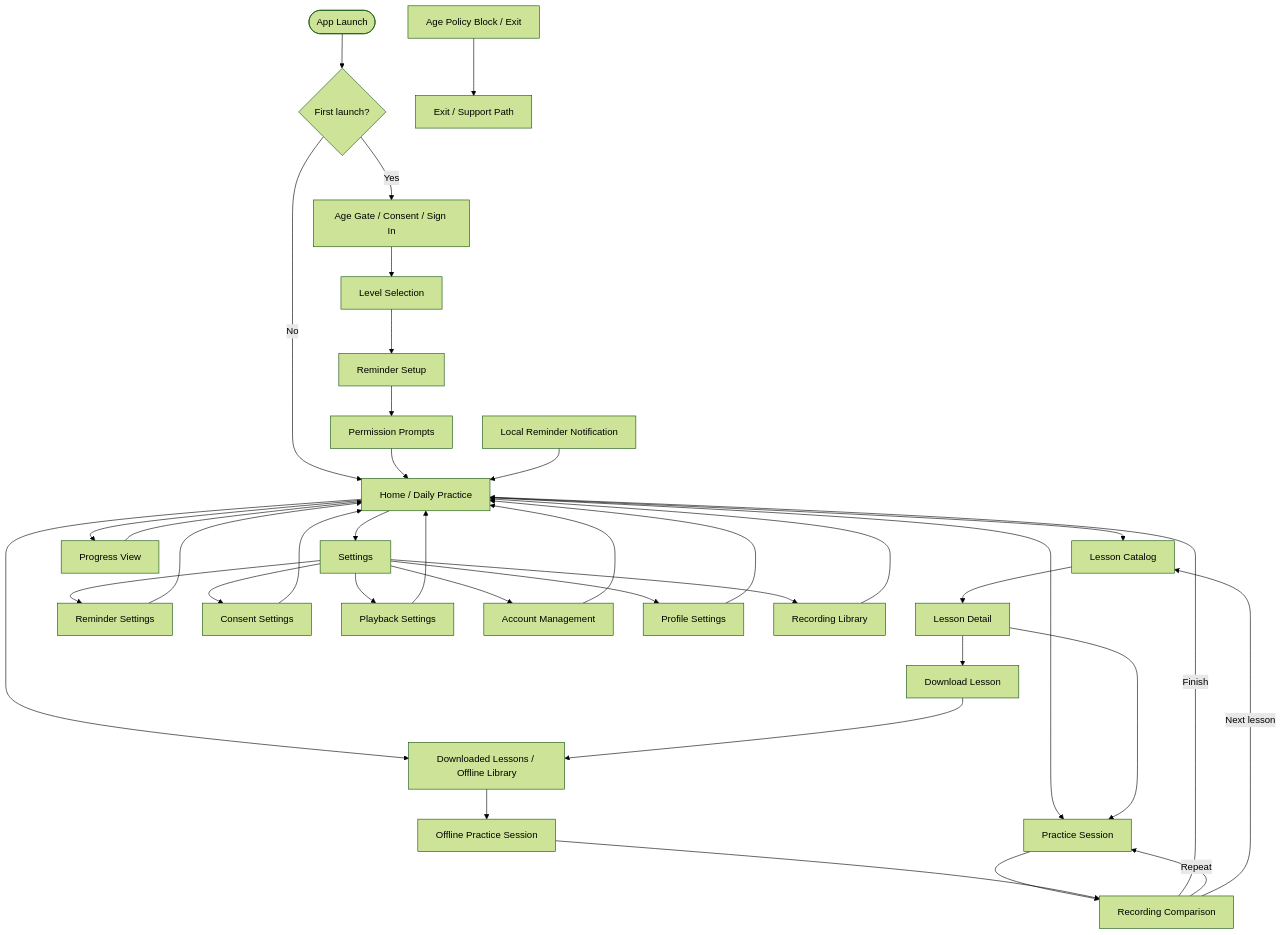
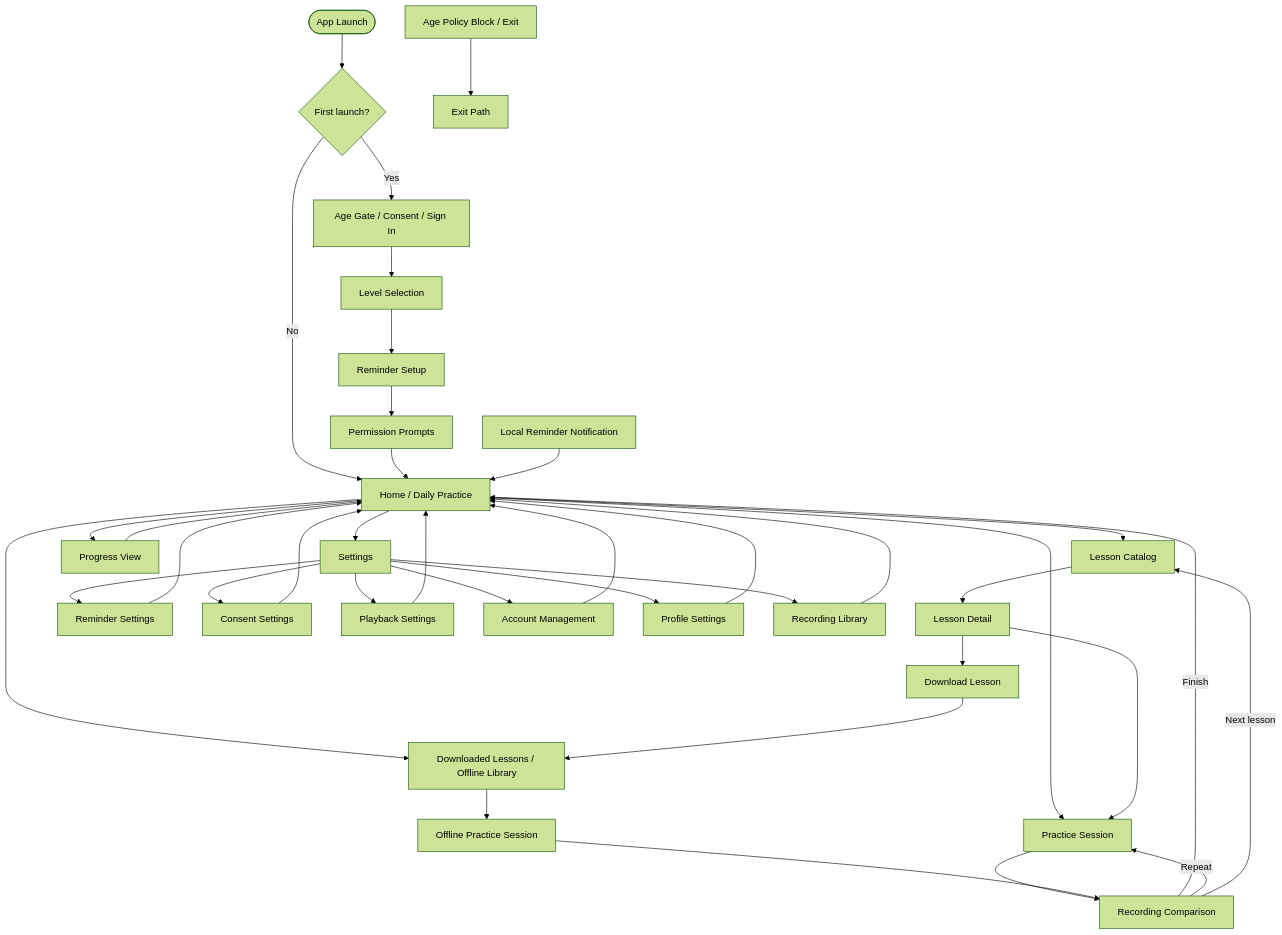
The diagram in specs/03-ux-ui-design/02-Information-Architecture-Document.md (minhhieu1/ShadowSpeak), drawn with Mermaid (forest theme) before and after one commit. The commit also changed other lines of this file and 41 other files, not shown here.

````diff
--- a/specs/03-ux-ui-design/02-Information-Architecture-Document.md
+++ b/specs/03-ux-ui-design/02-Information-Architecture-Document.md
@@ -289,49 +289,49 @@
 ```mermaid
 flowchart TD
     Launch([App Launch]) --> Onboarding{First launch?}
     Onboarding -->|Yes| AgeGate[Age Gate / Consent / Sign In]
     Onboarding -->|No| Home[Home / Daily Practice]
 
     AgeGate --> Level[Level Selection]
     Level --> Reminders[Reminder Setup]
     Reminders --> Permissions[Permission Prompts]
     Permissions --> Home
 
     Home --> Lessons[Lesson Catalog]
     Home --> Downloads[Downloaded Lessons / Offline Library]
     Home --> Progress[Progress View]
     Home --> Settings[Settings]
     Home --> Practice[Practice Session]
 
     Lessons --> Detail[Lesson Detail]
     Detail --> Practice
     Detail --> Download[Download Lesson]
     Download --> Downloads
 
     Practice --> Compare[Recording Comparison]
     Compare -->|Finish| Home
     Compare -->|Repeat| Practice
     Compare -->|Next lesson| Lessons
 
     Downloads --> OfflinePractice[Offline Practice Session]
     OfflinePractice --> Compare
 
     Progress --> Home
 
     Settings --> ReminderSettings[Reminder Settings]
     Settings --> ConsentSettings[Consent Settings]
     Settings --> PlaybackSettings[Playback Settings]
     Settings --> Account[Account Management]
     Settings --> Profile[Profile Settings]
     Settings --> Recordings[Recording Library]
 
     ReminderSettings --> Home
     ConsentSettings --> Home
     PlaybackSettings --> Home
     Account --> Home
     Profile --> Home
     Recordings --> Home
 
     Notification[Local Reminder Notification] --> Home
-    Blocked[Age Policy Block / Exit] --> Support[Exit / Support Path]
+    Blocked[Age Policy Block / Exit] --> Exit[Exit Path]
 ```
````
